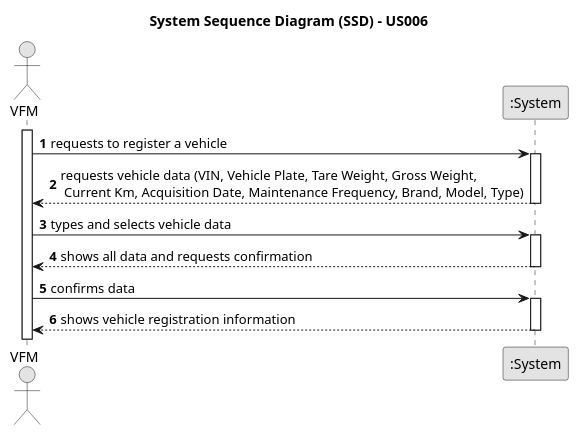
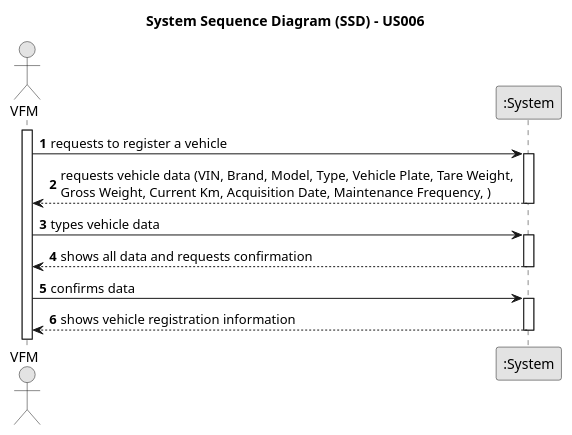
One commit to ricardomm7/leaflink changed the diagram in docs/sprintB/us006/01.requirements-engineering/puml/us006-system-sequence-diagram-alternative-one.puml. Above: the diagram before and after it, drawn with PlantUML. The commit also changed 2 other files, not shown here.

```diff
--- a/docs/sprintB/us006/01.requirements-engineering/puml/us006-system-sequence-diagram-alternative-one.puml
+++ b/docs/sprintB/us006/01.requirements-engineering/puml/us006-system-sequence-diagram-alternative-one.puml
@@ -1,34 +1,34 @@
 @startuml
 skinparam monochrome true
 skinparam packageStyle rectangle
 skinparam shadowing false
 
 title System Sequence Diagram (SSD) - US006
 
 autonumber
 
 actor "VFM" as VFM
 participant ":System" as System
 
 activate VFM
 
     VFM -> System : requests to register a vehicle
     activate System
 
-        System --> VFM : requests vehicle data (VIN, Vehicle Plate, Tare Weight, Gross Weight,\n Current Km, Acquisition Date, Maintenance Frequency, Brand, Model, Type)
+        System --> VFM : requests vehicle data (VIN, Brand, Model, Type, Vehicle Plate, Tare Weight, \nGross Weight, Current Km, Acquisition Date, Maintenance Frequency, )
     deactivate System
 
-    VFM -> System : types and selects vehicle data
+    VFM -> System : types vehicle data
 
     activate System
 
         System --> VFM : shows all data and requests confirmation
     deactivate System
 
     VFM -> System : confirms data
     activate System
 
         System --> VFM :  shows vehicle registration information
     deactivate System
 
 @enduml
```
